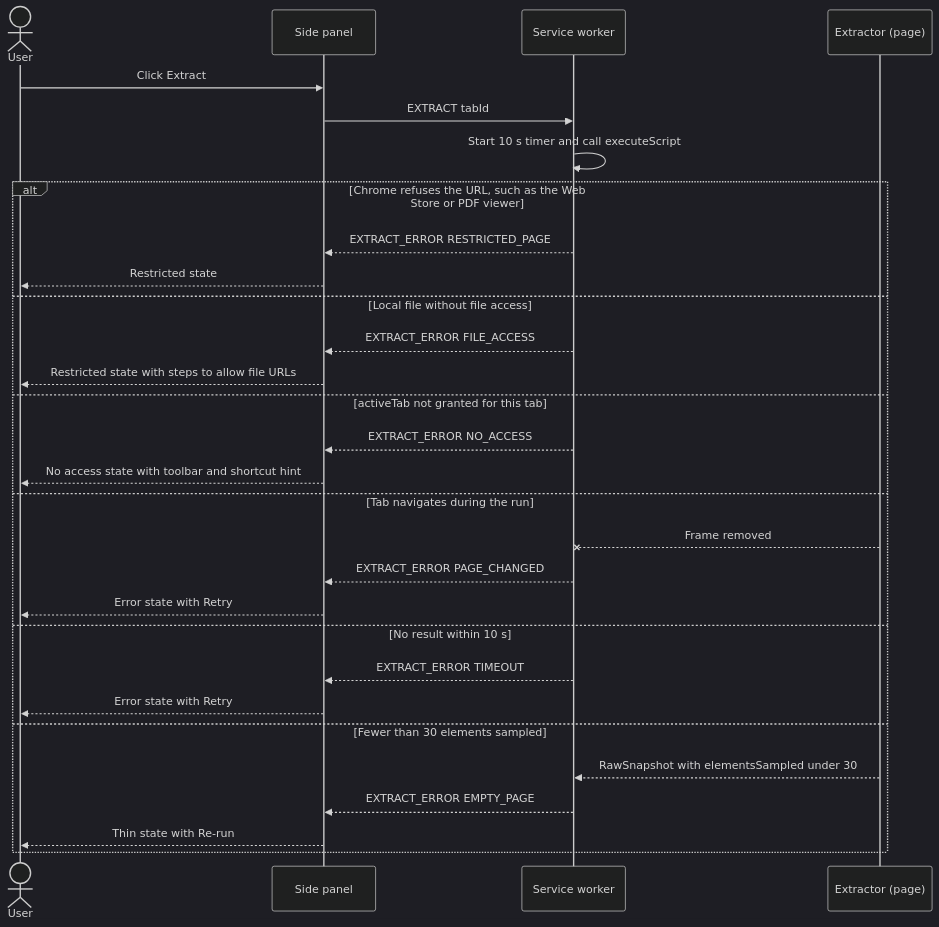
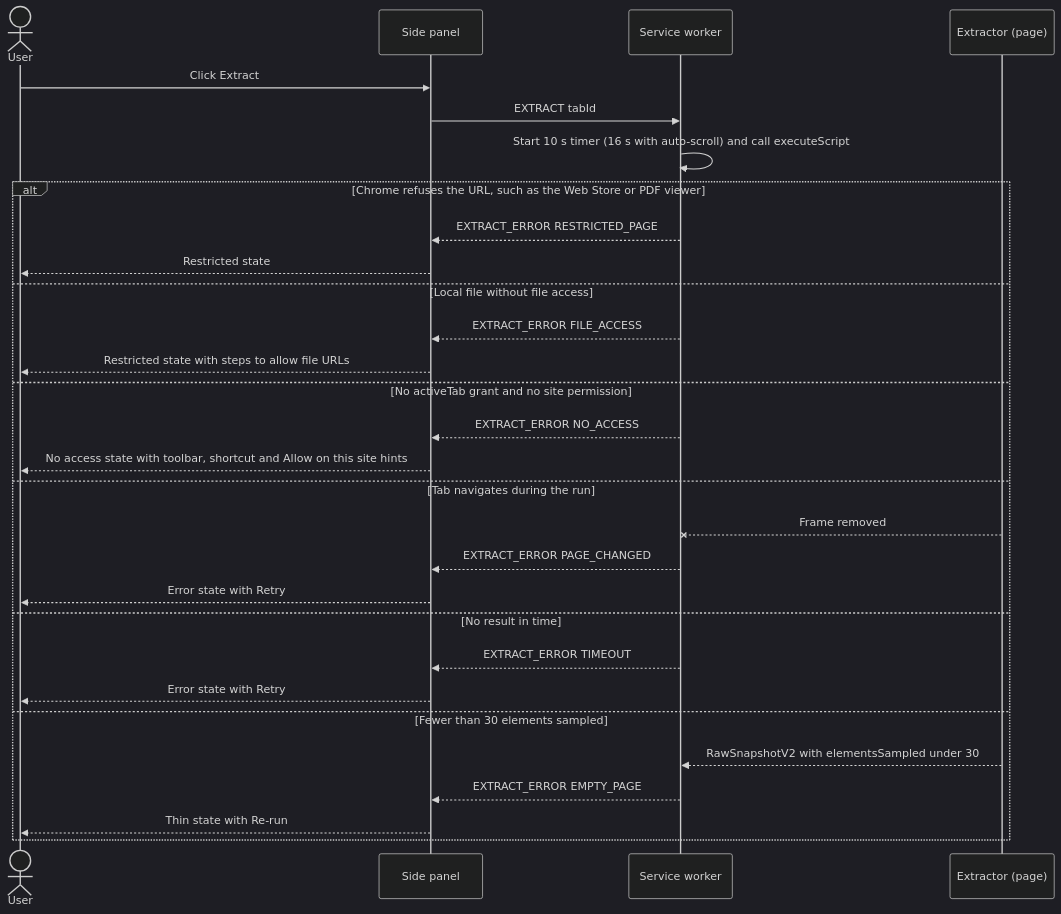
The second of 13 diagrams in docs/sequences.md (ankitmaurya-16/webstyle-extractor-for-ai-agents), drawn with Mermaid (dark theme) before and after one commit. The commit also changed other lines of this file and 14 other files, not shown here.

````diff
--- a/docs/sequences.md
+++ b/docs/sequences.md
@@ -35,31 +40,31 @@
 ```mermaid
 sequenceDiagram
   actor U as User
   participant P as Side panel
   participant SW as Service worker
   participant E as Extractor (page)
   U->>P: Click Extract
   P->>SW: EXTRACT tabId
-  SW->>SW: Start 10 s timer and call executeScript
+  SW->>SW: Start 10 s timer (16 s with auto-scroll) and call executeScript
   alt Chrome refuses the URL, such as the Web Store or PDF viewer
     SW-->>P: EXTRACT_ERROR RESTRICTED_PAGE
     P-->>U: Restricted state
   else Local file without file access
     SW-->>P: EXTRACT_ERROR FILE_ACCESS
     P-->>U: Restricted state with steps to allow file URLs
-  else activeTab not granted for this tab
+  else No activeTab grant and no site permission
     SW-->>P: EXTRACT_ERROR NO_ACCESS
-    P-->>U: No access state with toolbar and shortcut hint
+    P-->>U: No access state with toolbar, shortcut and Allow on this site hints
   else Tab navigates during the run
     E--xSW: Frame removed
     SW-->>P: EXTRACT_ERROR PAGE_CHANGED
     P-->>U: Error state with Retry
-  else No result within 10 s
+  else No result in time
     SW-->>P: EXTRACT_ERROR TIMEOUT
     P-->>U: Error state with Retry
   else Fewer than 30 elements sampled
-    E-->>SW: RawSnapshot with elementsSampled under 30
+    E-->>SW: RawSnapshotV2 with elementsSampled under 30
     SW-->>P: EXTRACT_ERROR EMPTY_PAGE
     P-->>U: Thin state with Re-run
   end
 ```
````
